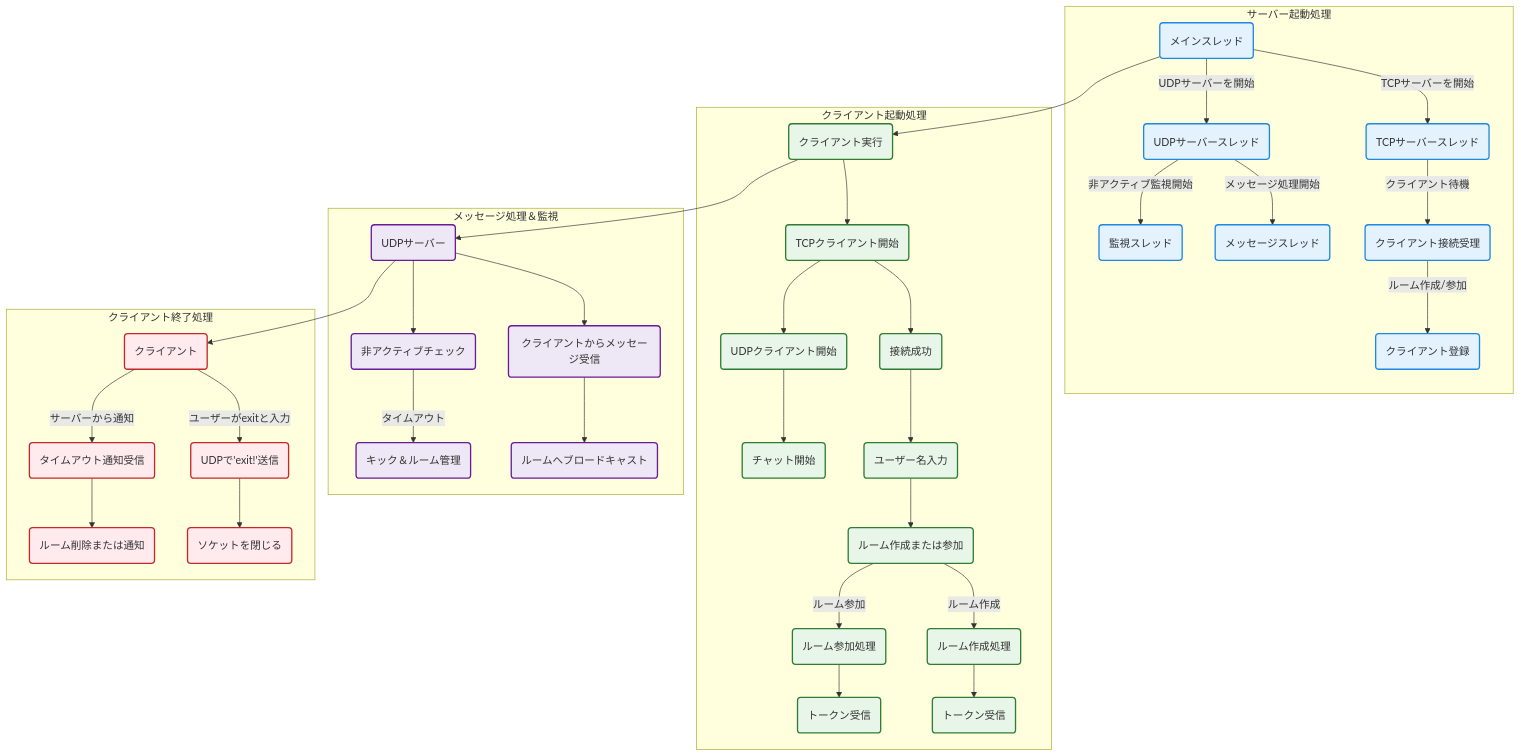
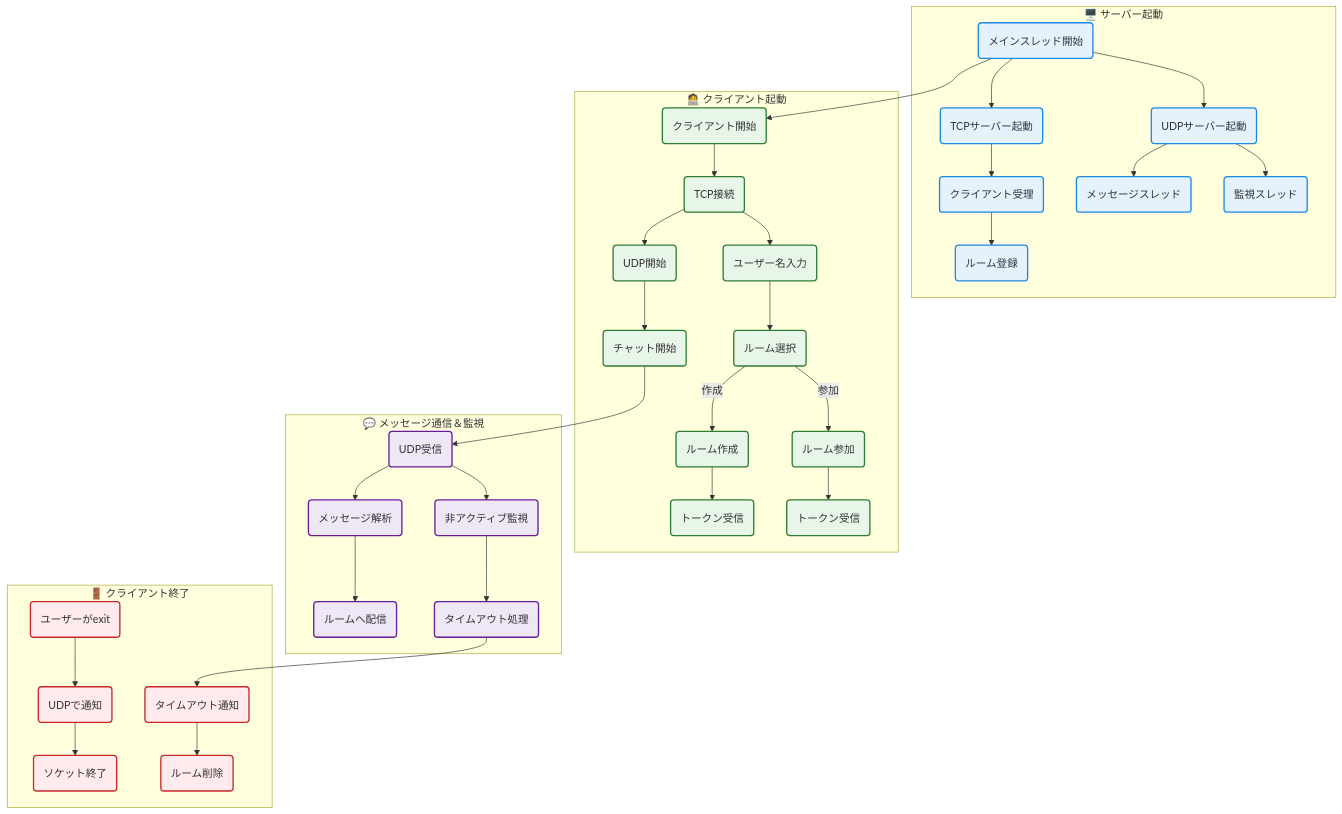
One commit to BackendExplorer/Tenshin changed the diagram in README.md. Above: the diagram before and after it, drawn with Mermaid.

````diff
--- a/README.md
+++ b/README.md
@@ -7,82 +7,74 @@
 classDef messaging fill:#ede7f6,stroke:#6a1b9a,stroke-width:2px
 classDef warning fill:#ffebee,stroke:#c62828,stroke-width:2px
 
-%% サーバー起動
-subgraph サーバー起動[サーバー起動処理]
-    A1(メインスレッド)
-    A2(TCPサーバースレッド)
-    A3(UDPサーバースレッド)
-    A4(クライアント接続受理)
-    A5(クライアント登録)
-    A6(メッセージスレッド)
-    A7(監視スレッド)
+%% サーバー処理
+subgraph サーバー[🖥️ サーバー起動]
+    S1(メインスレッド開始)
+    S2(TCPサーバー起動)
+    S3(UDPサーバー起動)
+    S4(クライアント受理)
+    S5(ルーム登録)
+    S6(メッセージスレッド)
+    S7(監視スレッド)
 
-    A1 -->|TCPサーバーを開始| A2
-    A1 -->|UDPサーバーを開始| A3
-    A2 -->|クライアント待機| A4
-    A4 -->|ルーム作成/参加| A5
-    A3 -->|メッセージ処理開始| A6
-    A3 -->|非アクティブ監視開始| A7
+    S1 --> S2 --> S4 --> S5
+    S1 --> S3 --> S6
+    S3 --> S7
 
-    class A1,A2,A3,A4,A5,A6,A7 server
+    class S1,S2,S3,S4,S5,S6,S7 server
 end
 
-%% クライアント起動
-subgraph クライアント起動[クライアント起動処理]
-    B1(クライアント実行)
-    B2(TCPクライアント開始)
-    B3(接続成功)
-    B4(ユーザー名入力)
-    B5(ルーム作成または参加)
-    B6(ルーム作成処理)
-    B7(トークン受信)
-    B8(ルーム参加処理)
-    B9(トークン受信)
-    B10(UDPクライアント開始)
-    B11(チャット開始)
+%% クライアント処理
+subgraph クライアント[🧑‍💻 クライアント起動]
+    C1(クライアント開始)
+    C2(TCP接続)
+    C3(ユーザー名入力)
+    C4(ルーム選択)
+    C5a(ルーム作成)
+    C5b(ルーム参加)
+    C6a(トークン受信)
+    C6b(トークン受信)
+    C7(UDP開始)
+    C8(チャット開始)
 
-    B1 --> B2
-    B2 --> B3
-    B3 --> B4
-    B4 --> B5
-    B5 -->|ルーム作成| B6 --> B7
-    B5 -->|ルーム参加| B8 --> B9
-    B2 --> B10
-    B10 --> B11
+    C1 --> C2 --> C3 --> C4
+    C4 -->|作成| C5a --> C6a
+    C4 -->|参加| C5b --> C6b
+    C2 --> C7 --> C8
 
-    class B1,B2,B3,B4,B5,B6,B7,B8,B9,B10,B11 client
+    class C1,C2,C3,C4,C5a,C5b,C6a,C6b,C7,C8 client
 end
 
-%% サーバーメッセージ処理
-subgraph サーバーメッセージ処理[メッセージ処理＆監視]
-    C1(UDPサーバー)
-    C2(クライアントからメッセージ受信)
-    C3(ルームへブロードキャスト)
-    C4(非アクティブチェック)
-    C5(キック＆ルーム管理)
+%% メッセージ処理
+subgraph 通信[💬 メッセージ通信＆監視]
+    M1(UDP受信)
+    M2(メッセージ解析)
+    M3(ルームへ配信)
+    M4(非アクティブ監視)
+    M5(タイムアウト処理)
 
-    C1 --> C2 --> C3
-    C1 --> C4 -->|タイムアウト| C5
+    M1 --> M2 --> M3
+    M1 --> M4 --> M5
 
-    class C1,C2,C3,C4,C5 messaging
+    class M1,M2,M3,M4,M5 messaging
 end
 
-%% クライアント終了
-subgraph クライアント終了[クライアント終了処理]
-    D1(クライアント)
-    D2(UDPで'exit!'送信)
-    D3(ソケットを閉じる)
-    D4(タイムアウト通知受信)
-    D5(ルーム削除または通知)
+%% 終了処理
+subgraph 終了[🚪 クライアント終了]
+    E1(ユーザーがexit)
+    E2(UDPで通知)
+    E3(ソケット終了)
+    E4(タイムアウト通知)
+    E5(ルーム削除)
 
-    D1 -->|ユーザーがexitと入力| D2 --> D3
-    D1 -->|サーバーから通知| D4 --> D5
+    E1 --> E2 --> E3
+    E4 --> E5
 
-    class D1,D2,D3,D4,D5 warning
+    class E1,E2,E3,E4,E5 warning
 end
 
-%% 流れ接続（全体の連携）
-A1 --> B1
-B1 --> C1
-C1 --> D1
+%% 接続の流れ（簡略）
+S1 --> C1
+C8 --> M1
+M5 --> E4
 ```
````
